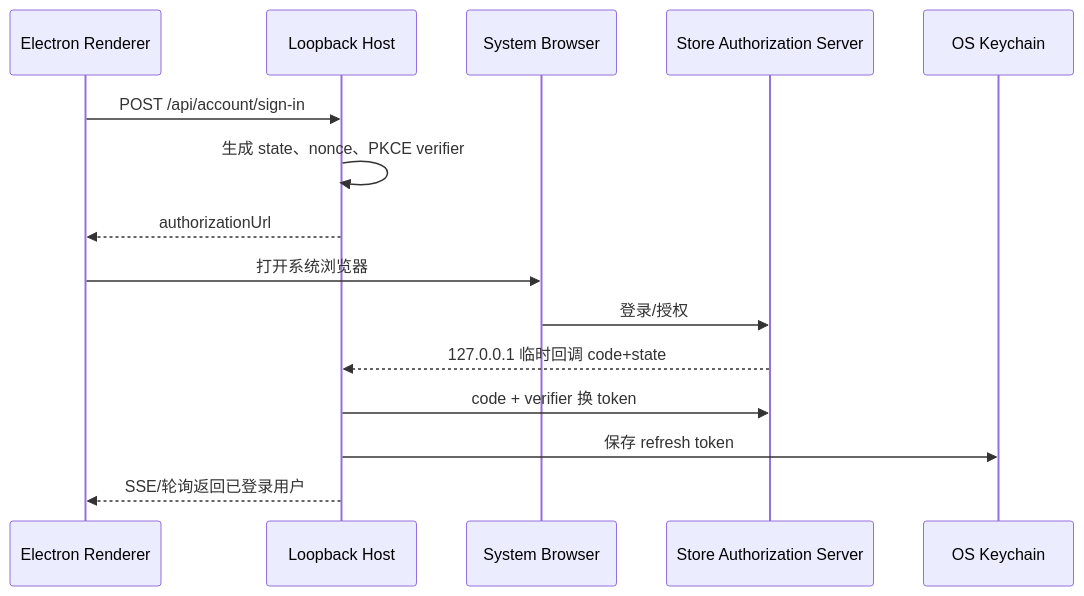
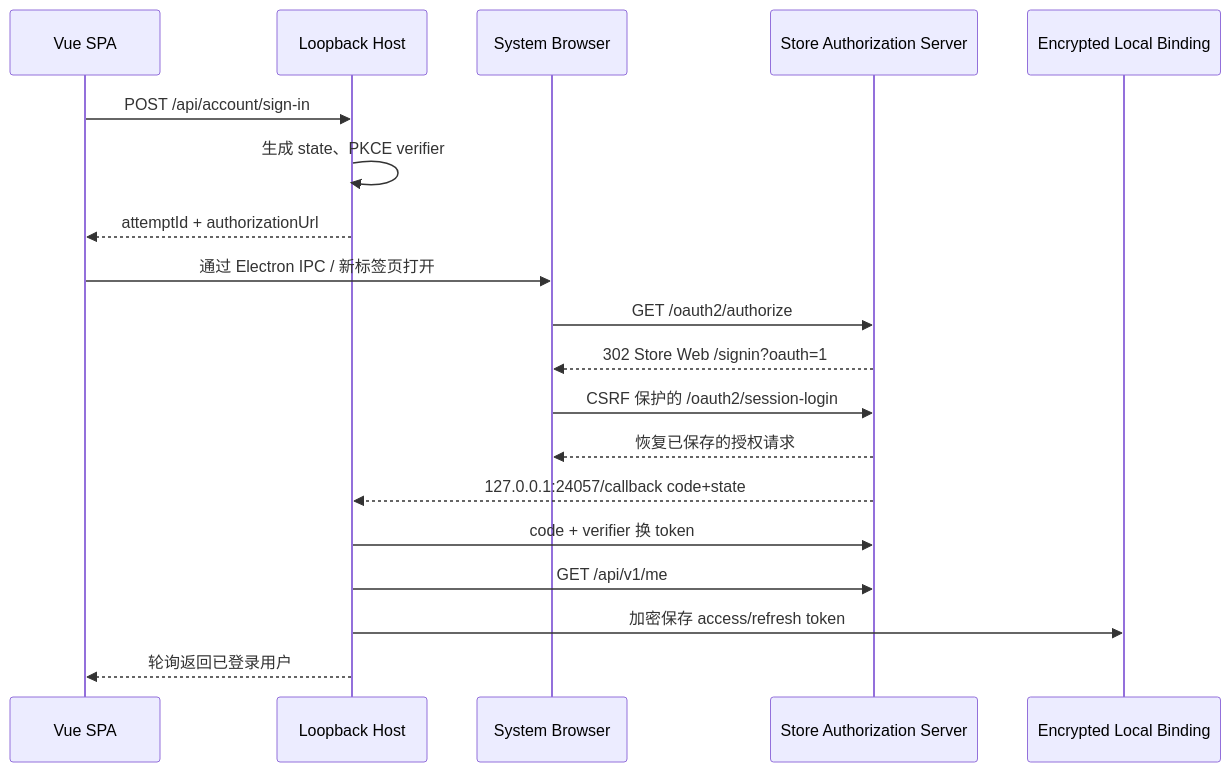
Before and after one commit to MuskStark/infinia-store-platform: the third of 5 diagrams in docs/design/STORE_PLATFORM_DESIGN.md, drawn with Mermaid. The commit also changed other lines of this file and 11 other files, not shown here.

First line of the commit message:
feat(web): add web session login flow with backend login endpoint and i18n updates

````diff
--- a/docs/design/STORE_PLATFORM_DESIGN.md
+++ b/docs/design/STORE_PLATFORM_DESIGN.md
@@ -346,18 +348,22 @@
 ```mermaid
 sequenceDiagram
-  participant UI as Electron Renderer
+  participant UI as Vue SPA
   participant Host as Loopback Host
   participant Browser as System Browser
   participant Auth as Store Authorization Server
-  participant Keychain as OS Keychain
+  participant Vault as Encrypted Local Binding
 
   UI->>Host: POST /api/account/sign-in
-  Host->>Host: 生成 state、nonce、PKCE verifier
-  Host-->>UI: authorizationUrl
-  UI->>Browser: 打开系统浏览器
-  Browser->>Auth: 登录/授权
-  Auth-->>Host: 127.0.0.1 临时回调 code+state
+  Host->>Host: 生成 state、PKCE verifier
+  Host-->>UI: attemptId + authorizationUrl
+  UI->>Browser: 通过 Electron IPC / 新标签页打开
+  Browser->>Auth: GET /oauth2/authorize
+  Auth-->>Browser: 302 Store Web /signin?oauth=1
+  Browser->>Auth: CSRF 保护的 /oauth2/session-login
+  Auth-->>Browser: 恢复已保存的授权请求
+  Auth-->>Host: 127.0.0.1:24057/callback code+state
   Host->>Auth: code + verifier 换 token
-  Host->>Keychain: 保存 refresh token
-  Host-->>UI: SSE/轮询返回已登录用户
+  Host->>Auth: GET /api/v1/me
+  Host->>Vault: 加密保存 access/refresh token
+  Host-->>UI: 轮询返回已登录用户
 ```
````
